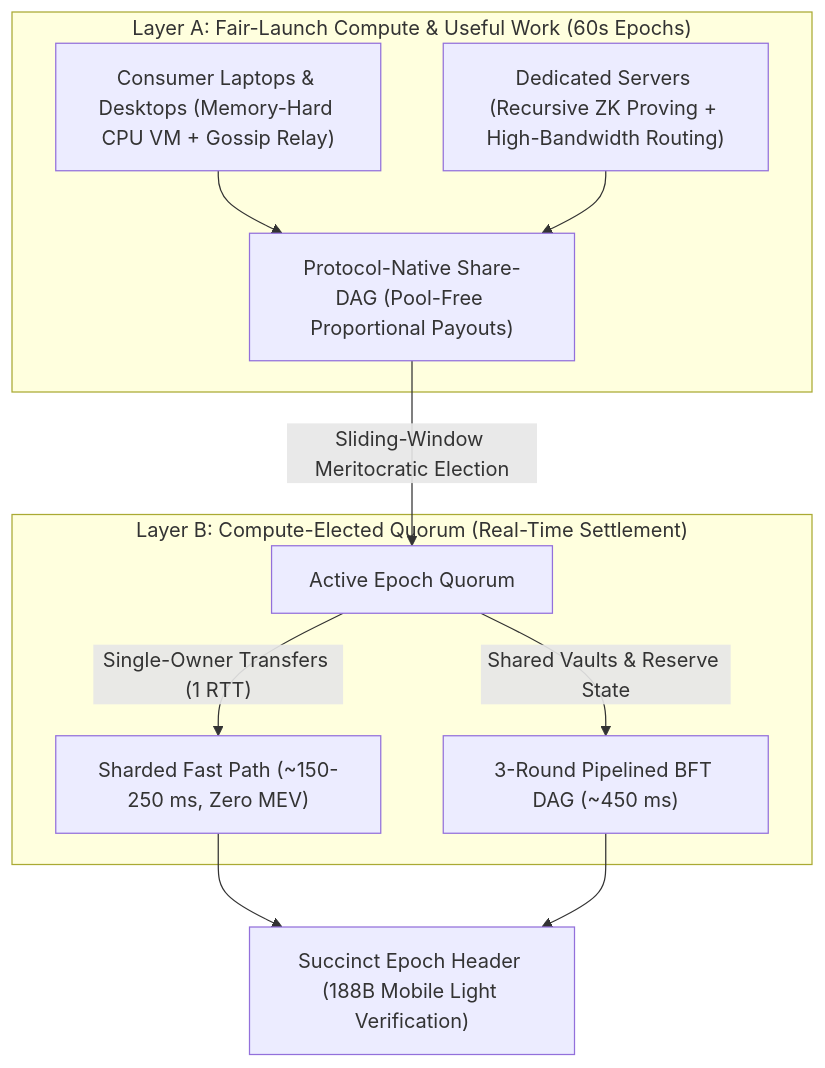
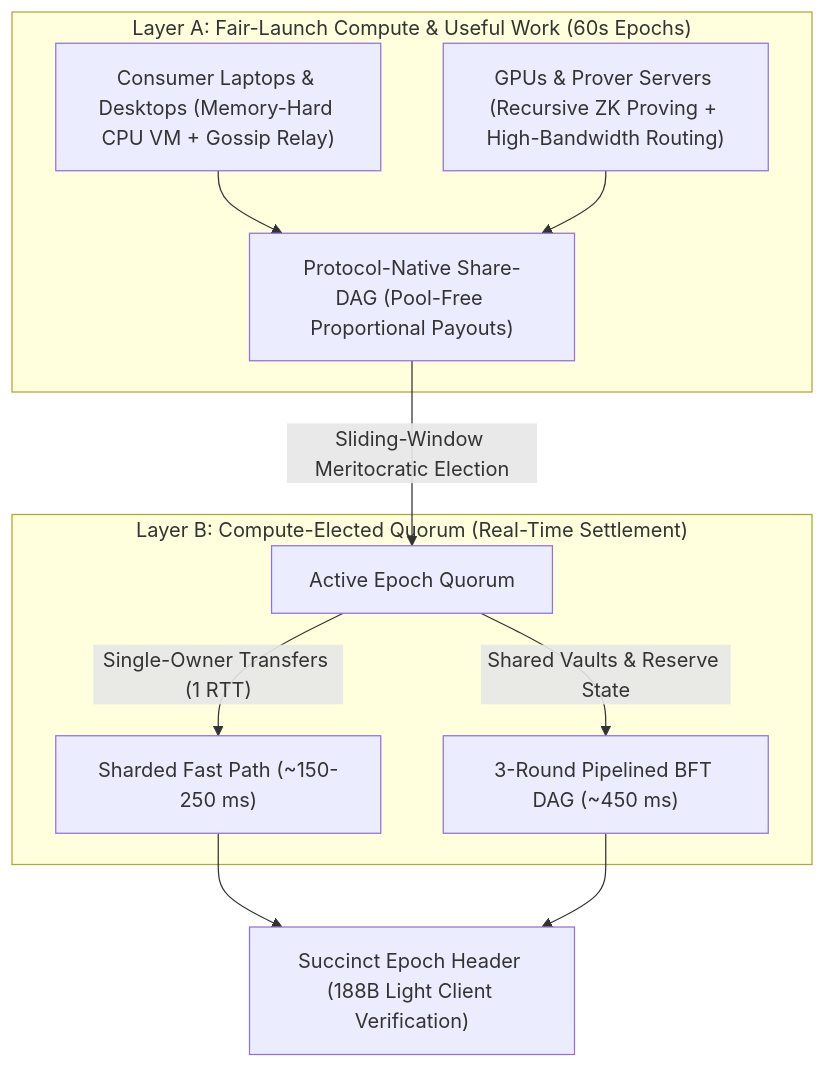
The diagram in docs/BLUEPRINT.md (haruki-morimoto/credit), drawn with Mermaid before and after one commit. The commit also changed other lines of this file and 6 other files, not shown here.

````diff
--- a/docs/BLUEPRINT.md
+++ b/docs/BLUEPRINT.md
@@ -32,19 +32,19 @@
 ```mermaid
 flowchart TD
     subgraph Compute["Layer A: Fair-Launch Compute & Useful Work (60s Epochs)"]
         Laptop["Consumer Laptops & Desktops (Memory-Hard CPU VM + Gossip Relay)"]
-        Server["Dedicated Servers (Recursive ZK Proving + High-Bandwidth Routing)"]
+        Server["GPUs & Prover Servers (Recursive ZK Proving + High-Bandwidth Routing)"]
         ShareDAG["Protocol-Native Share-DAG (Pool-Free Proportional Payouts)"]
         Laptop --> ShareDAG
         Server --> ShareDAG
     end
 
     subgraph Finality["Layer B: Compute-Elected Quorum (Real-Time Settlement)"]
         ShareDAG -->|"Sliding-Window Meritocratic Election"| Quorum["Active Epoch Quorum"]
-        Quorum -->|"Single-Owner Transfers (1 RTT)"| Fast["Sharded Fast Path (~150-250 ms, Zero MEV)"]
+        Quorum -->|"Single-Owner Transfers (1 RTT)"| Fast["Sharded Fast Path (~150-250 ms)"]
         Quorum -->|"Shared Vaults & Reserve State"| DAG["3-Round Pipelined BFT DAG (~450 ms)"]
     end
 
-    Fast --> Snapshot["Succinct Epoch Header (188B Mobile Light Verification)"]
+    Fast --> Snapshot["Succinct Epoch Header (188B Light Client Verification)"]
     DAG --> Snapshot
 ```
````
